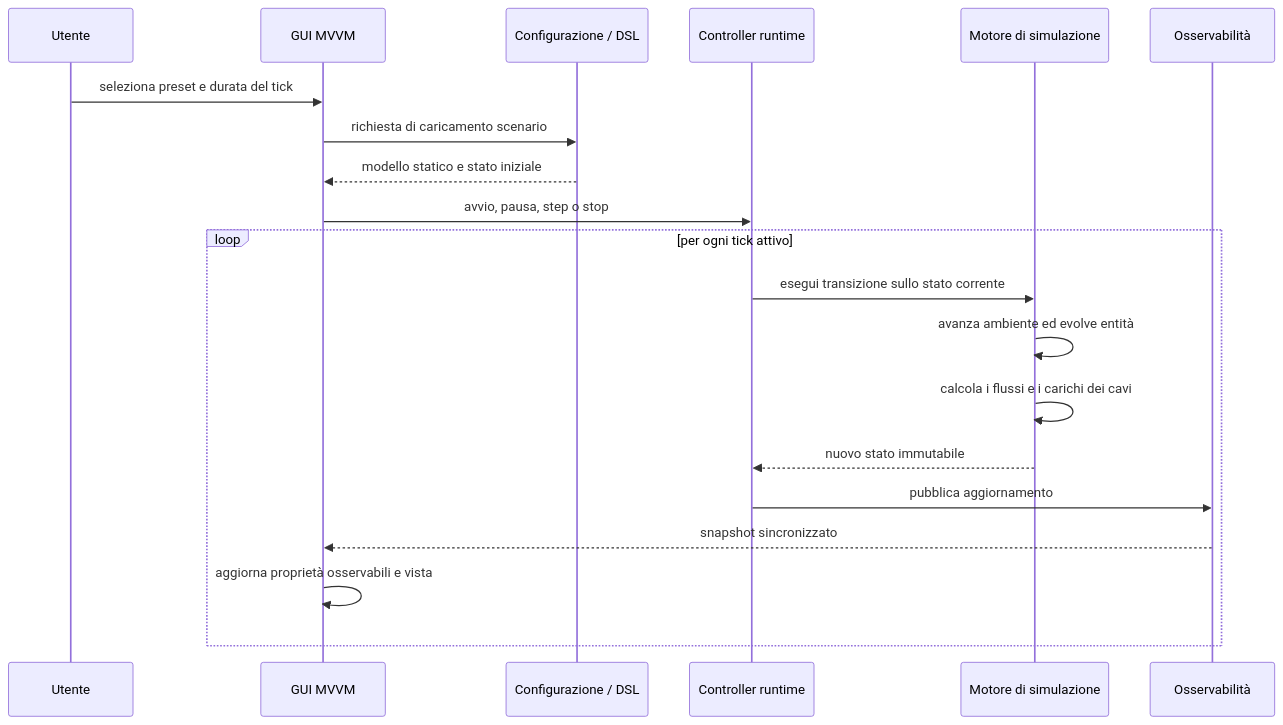
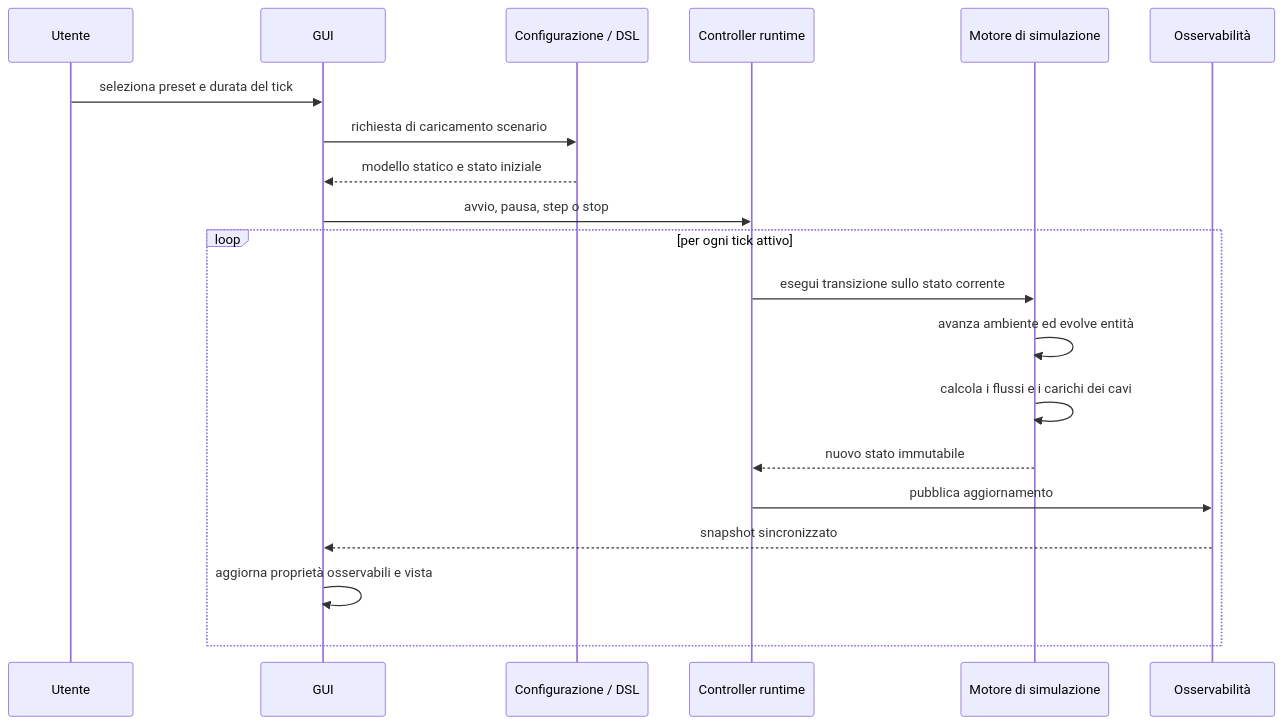
One commit to bambinim/GridSim changed the second of 2 diagrams in docs/04-architectural_design.md. Above: the diagram before and after it, drawn with Mermaid. The commit also changed other lines of this file, not shown here.

Commit message:
feature(docs): update 04-architectural-design

````diff
--- a/docs/04-architectural_design.md
+++ b/docs/04-architectural_design.md
@@ -141,24 +141,24 @@
 ```mermaid
 sequenceDiagram
     participant U as Utente
-    participant V as GUI MVVM
+    participant V as GUI
     participant C as Configurazione / DSL
     participant R as Controller runtime
     participant E as Motore di simulazione
     participant O as Osservabilità
 
     U->>V: seleziona preset e durata del tick
     V->>C: richiesta di caricamento scenario
     C-->>V: modello statico e stato iniziale
     V->>R: avvio, pausa, step o stop
 
     loop per ogni tick attivo
         R->>E: esegui transizione sullo stato corrente
         E->>E: avanza ambiente ed evolve entità
         E->>E: calcola i flussi e i carichi dei cavi
         E-->>R: nuovo stato immutabile
         R->>O: pubblica aggiornamento
         O-->>V: snapshot sincronizzato
         V->>V: aggiorna proprietà osservabili e vista
     end
 ```
````
